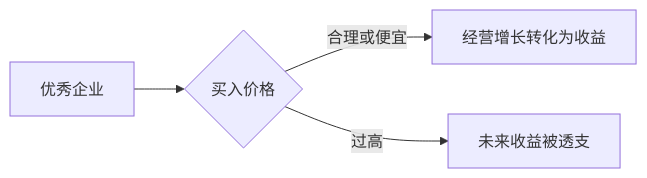
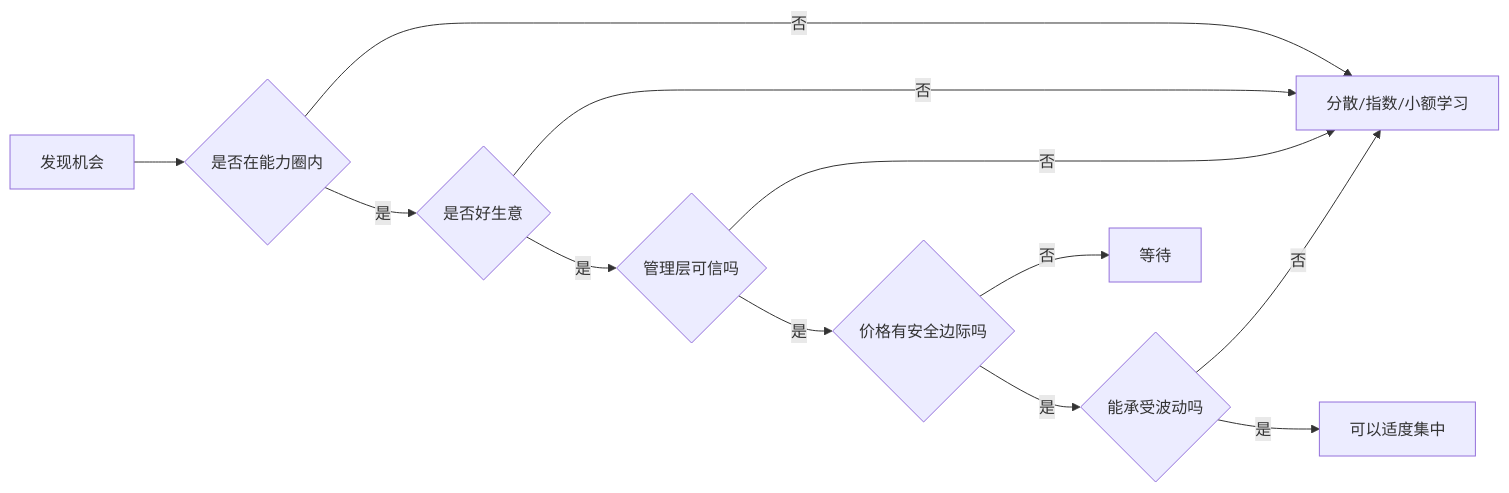
Before and after one commit to digoal/blog: the diagram in 202605/20260519_16.md, drawn with Mermaid. The commit also changed other lines of this file and 51 other files, not shown here.

````diff
--- a/202605/20260519_16.md
+++ b/202605/20260519_16.md
@@ -22,6 +24,14 @@
 ```mermaid
 flowchart LR
-  A["优秀企业"] --> B{"买入价格"}
-  B -- "合理或便宜" --> C["经营增长转化为收益"]
-  B -- "过高" --> D["未来收益被透支"]
+  A["发现机会"] --> B{"是否在能力圈内"}
+  B -- "否" --> C["分散/指数/小额学习"]
+  B -- "是" --> D{"是否好生意"}
+  D -- "否" --> C
+  D -- "是" --> E{"管理层可信吗"}
+  E -- "否" --> C
+  E -- "是" --> F{"价格有安全边际吗"}
+  F -- "否" --> G["等待"]
+  F -- "是" --> H{"能承受波动吗"}
+  H -- "否" --> C
+  H -- "是" --> I["可以适度集中"]
 ```
````
